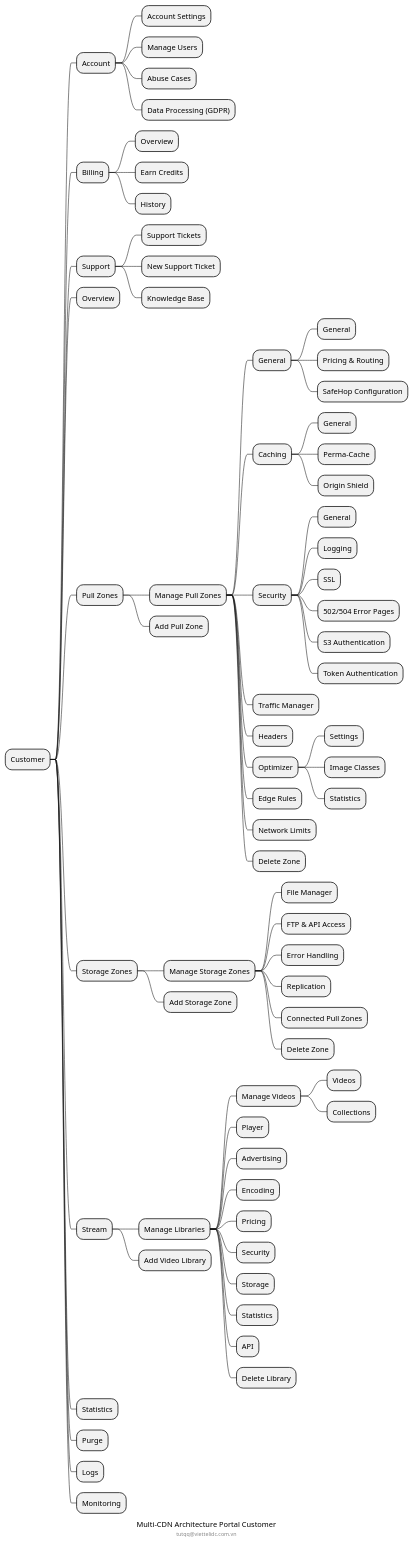
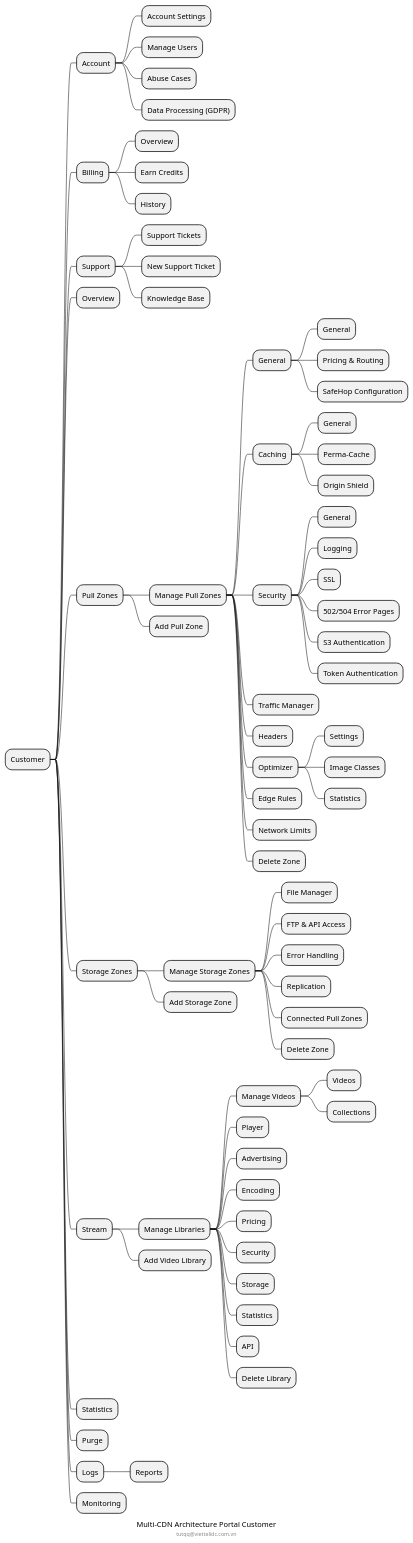
The diagram in UML/Architecture/Portal-Customer.puml (rimtruong/Multi-CDN), drawn with PlantUML before and after one commit.

```diff
--- a/UML/Architecture/Portal-Customer.puml
+++ b/UML/Architecture/Portal-Customer.puml
@@ -1,101 +1,102 @@
 @startmindmap
 'https://plantuml.com/mindmap-diagram
 
 caption Multi-CDN Architecture Portal Customer
 
 * Customer
 ** Account
 *** Account Settings
 *** Manage Users
 *** Abuse Cases
 *** Data Processing (GDPR)
 
 ** Billing
 *** Overview
 *** Earn Credits
 *** History
 
 ** Support
 *** Support Tickets
 *** New Support Ticket
 *** Knowledge Base
 
 ** Overview
 
 ** Pull Zones
 *** Manage Pull Zones
 **** General
 ***** General
 ***** Pricing & Routing
 ***** SafeHop Configuration
 
 **** Caching
 ***** General
 ***** Perma-Cache
 ***** Origin Shield
 
 **** Security
 ***** General
 ***** Logging
 ***** SSL
 ***** 502/504 Error Pages
 ***** S3 Authentication
 ***** Token Authentication
 
 **** Traffic Manager
 
 **** Headers
 
 **** Optimizer
 ***** Settings
 ***** Image Classes
 ***** Statistics
 
 
 
 **** Edge Rules
 **** Network Limits
 **** Delete Zone
 
 *** Add Pull Zone
 
 ** Storage Zones
 *** Manage Storage Zones
 **** File Manager
 **** FTP & API Access
 **** Error Handling
 **** Replication
 **** Connected Pull Zones
 **** Delete Zone
 
 *** Add Storage Zone
 
 ** Stream
 *** Manage Libraries
 **** Manage Videos
 ***** Videos
 ***** Collections
 
 **** Player
 **** Advertising
 **** Encoding
 **** Pricing
 **** Security
 **** Storage
 **** Statistics
 **** API
 **** Delete Library
 
 *** Add Video Library
 
 ** Statistics
 
 ** Purge
 
 ** Logs
+*** Reports
 
 ** Monitoring
 
 center footer tutqq@viettelidc.com.vn
 
 @endmindmap
```
